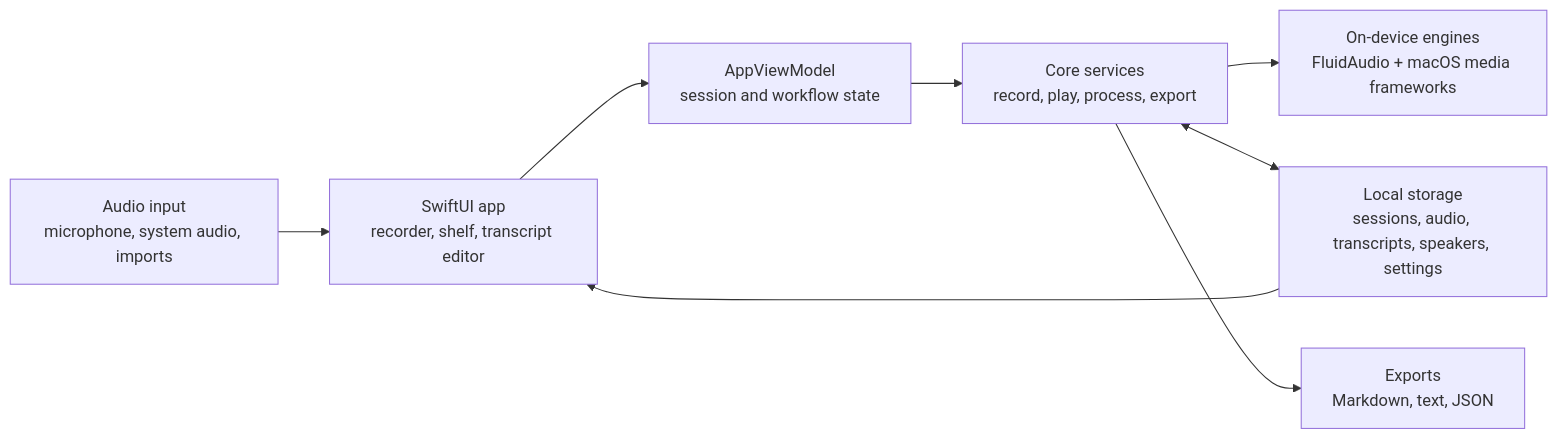
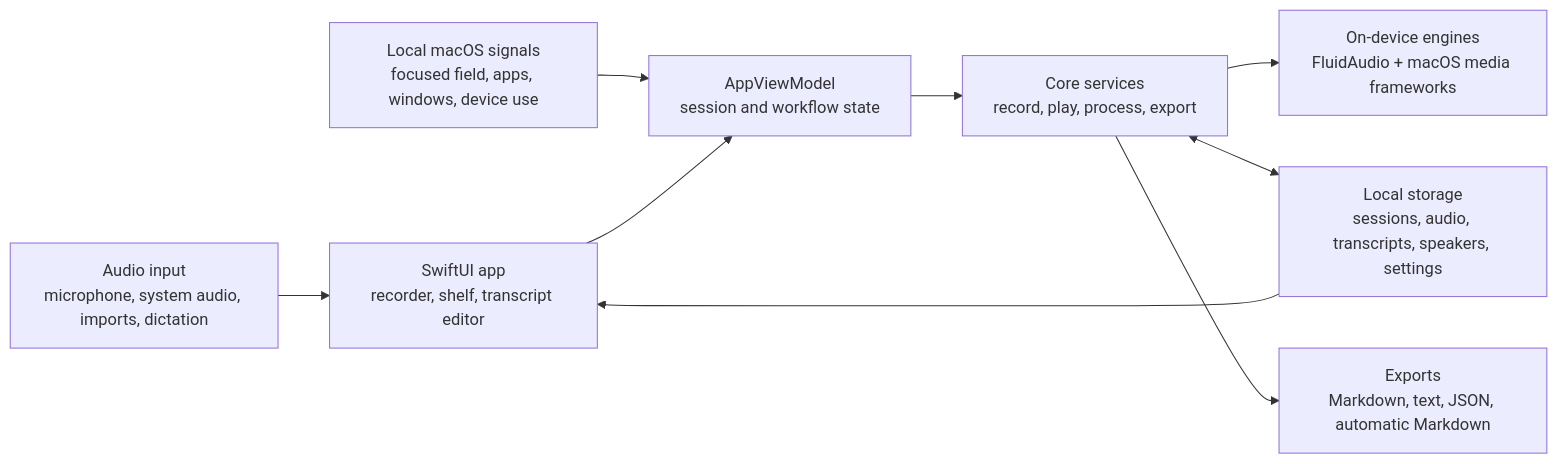
Before and after one commit to jjscholtes/Lorre: the diagram in README.md, drawn with Mermaid. The commit also changed other lines of this file and 3 other files, not shown here.

````diff
--- a/README.md
+++ b/README.md
@@ -40,18 +43,20 @@
 ```mermaid
 flowchart LR
-  input["Audio input<br/>microphone, system audio, imports"]
+  input["Audio input<br/>microphone, system audio, imports, dictation"]
+  signals["Local macOS signals<br/>focused field, apps, windows, device use"]
   ui["SwiftUI app<br/>recorder, shelf, transcript editor"]
   workflow["AppViewModel<br/>session and workflow state"]
   services["Core services<br/>record, play, process, export"]
   engines["On-device engines<br/>FluidAudio + macOS media frameworks"]
   storage["Local storage<br/>sessions, audio, transcripts, speakers, settings"]
-  exports["Exports<br/>Markdown, text, JSON"]
+  exports["Exports<br/>Markdown, text, JSON, automatic Markdown"]
 
   input --> ui
+  signals --> workflow
   ui --> workflow
   workflow --> services
   services --> engines
   services <--> storage
   storage --> ui
   services --> exports
 ```
````
